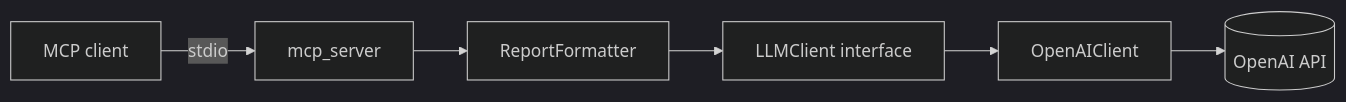
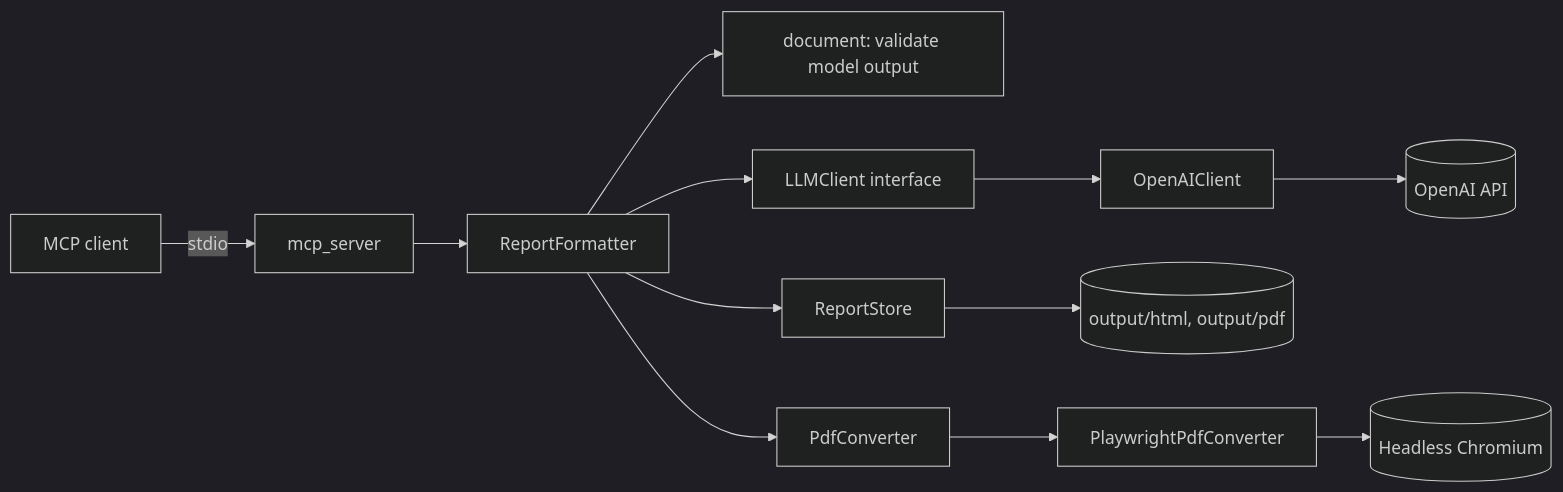
Before and after one commit to RIT-AI-Club/Stock-Analysis: the diagram in docs/architecture.md, drawn with Mermaid (dark theme). The commit also changed other lines of this file and 29 other files, not shown here.

First line of the commit message:
feat: render reports to PDF and let the model design them

````diff
--- a/docs/architecture.md
+++ b/docs/architecture.md
@@ -14,8 +14,14 @@
 ```mermaid
 flowchart LR
     Client[MCP client] -->|stdio| Server[mcp_server]
     Server --> Fmt[ReportFormatter]
+    Fmt --> Doc[document: validate model output]
     Fmt --> LLMI[LLMClient interface]
+    Fmt --> PDF[PdfConverter]
+    PDF --> PW[PlaywrightPdfConverter]
+    PW --> Chromium[(Headless Chromium)]
+    Fmt --> Store[ReportStore]
+    Store --> Out[(output/html, output/pdf)]
     LLMI --> OAI[OpenAIClient]
     OAI --> API[(OpenAI API)]
 ```
````
